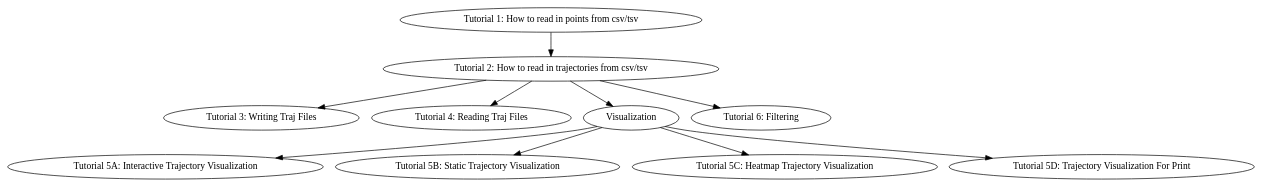
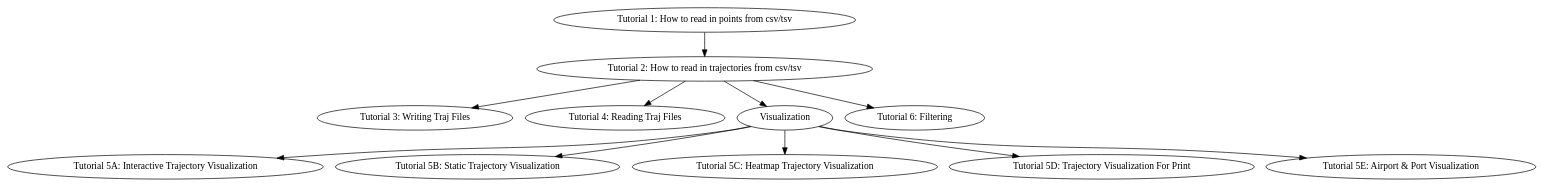
One commit to sandialabs/tracktable changed the diagram in Documentation/examples/examples.rst. Above: the diagram before and after it, drawn with Graphviz. The commit also changed other lines of this file and 25 other files, not shown here.

```diff
--- a/Documentation/examples/examples.rst
+++ b/Documentation/examples/examples.rst
@@ -52,26 +58,28 @@
 .. graphviz::
    :align: center
    :caption: Tutorial Flow
 
    digraph tut_flow {
       tut1 [label="Tutorial 1: How to read in points from csv/tsv"];
       tut2 [label="Tutorial 2: How to read in trajectories from csv/tsv"];
       tut3 [label="Tutorial 3: Writing Traj Files"];
       tut4 [label="Tutorial 4: Reading Traj Files"];
       viz [label="Visualization"]
       tut5A [label="Tutorial 5A: Interactive Trajectory Visualization"];
       tut5B [label="Tutorial 5B: Static Trajectory Visualization"];
       tut5C [label="Tutorial 5C: Heatmap Trajectory Visualization"];
       tut5D [label="Tutorial 5D: Trajectory Visualization For Print"];
+      tut5E [label="Tutorial 5E: Airport & Port Visualization"];
       tut6 [label="Tutorial 6: Filtering"];
 
       tut1 -> tut2;
       tut2 -> tut3;
       tut2 -> tut4;
       tut2 -> viz;
       viz -> tut5A;
       viz -> tut5B;
       viz -> tut5C;
       viz -> tut5D;
+      viz -> tut5E;
       tut2 -> tut6;
    }
```
